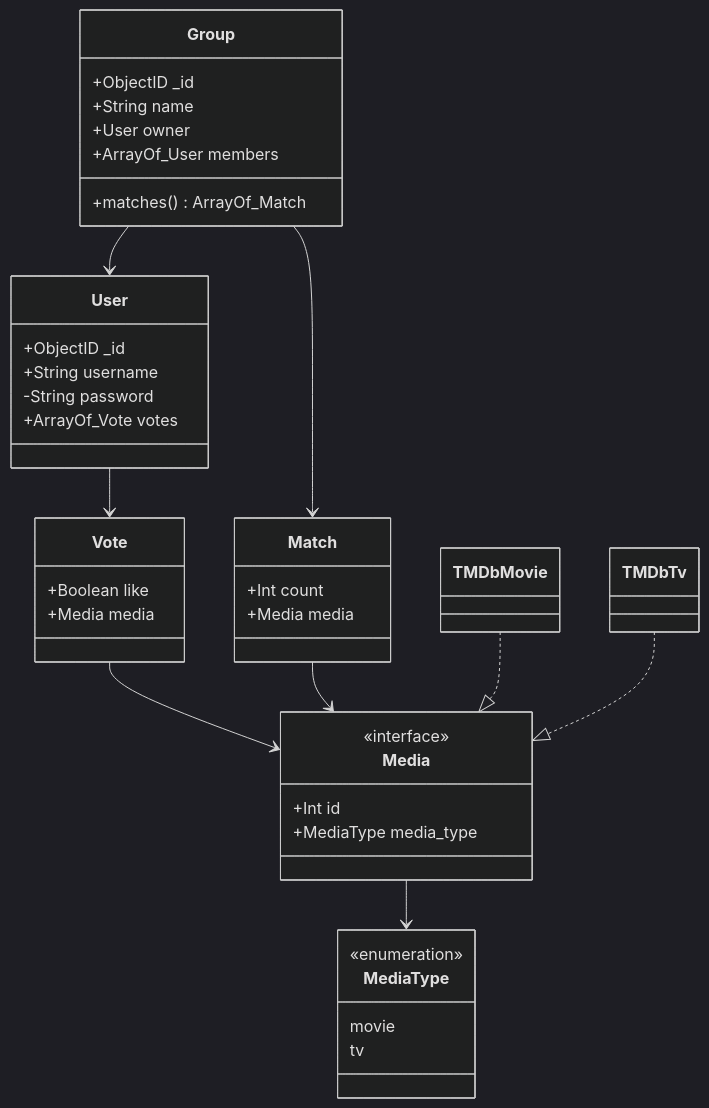
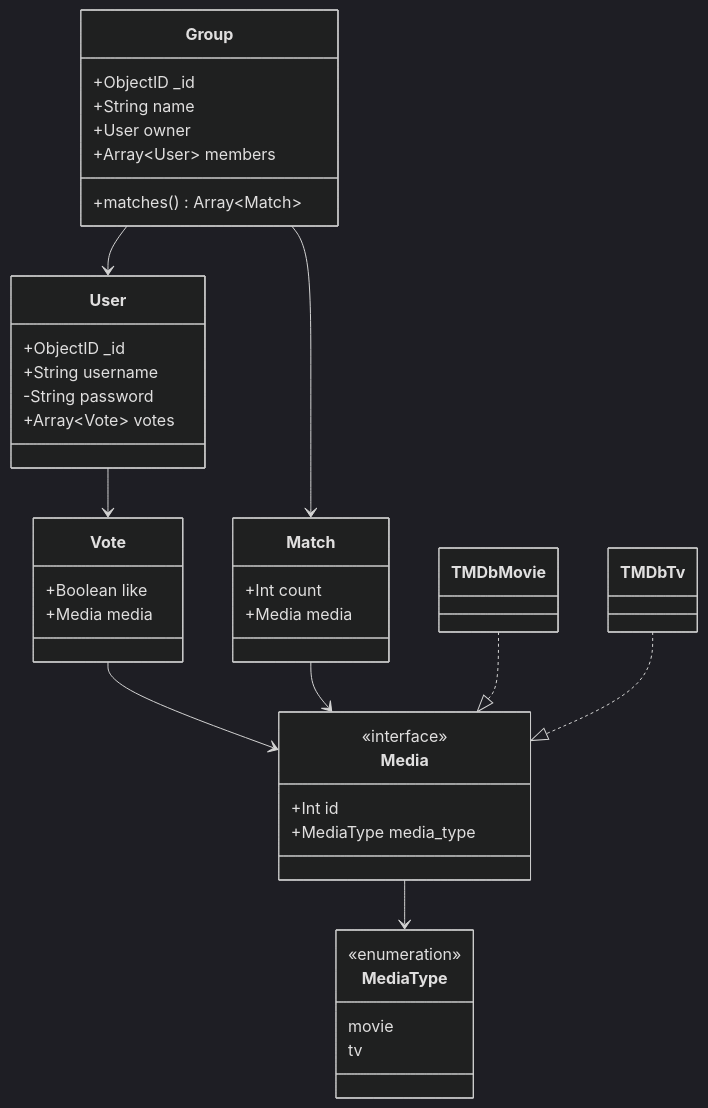
One commit to she11sh0cked-swiped/swiped-docs changed the diagram in src/mermaid/uml.mmd. Above: the diagram before and after it, drawn with Mermaid (dark theme).

Commit message:
📝 Replace ArrayOf_... with proper syntax

```diff
--- a/src/mermaid/uml.mmd
+++ b/src/mermaid/uml.mmd
@@ -1,57 +1,57 @@
 classDiagram
   %% User classes
 
   class User {
     +ObjectID _id
     +String username
     -String password
-    +ArrayOf_Vote votes
+    +Array~Vote~ votes
   }
 
   User --> Vote
 
   class Vote {
     +Boolean like
     +Media media
   }
 
   Vote --> Media
 
   %% Group classes
 
   class Group {
     +ObjectID _id
     +String name
     +User owner
-    +ArrayOf_User members
+    +Array~User~ members
 
-    +matches() ArrayOf_Match
+    +matches() Array~Match~
   }
 
   Group --> Match
   Group --> User
 
   class Match {
     +Int count
     +Media media
   }
 
   Match --> Media
 
   %% Media classes
 
   class Media {
     <<interface>>
     +Int id
     +MediaType media_type
   }
 
   TMDbMovie ..|> Media
   TMDbTv ..|> Media
   Media --> MediaType
 
   class MediaType {
     <<enumeration>>
     movie
     tv
   }
```
